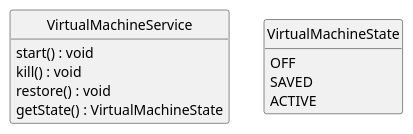
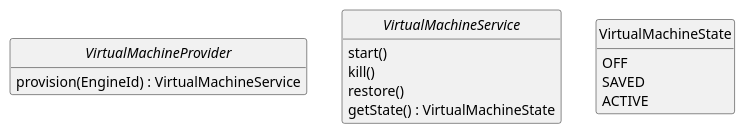
Before and after one commit to uniba-dsg/betsy: the diagram in doc/vm-service.puml, drawn with PlantUML. The commit also changed 3 other files, not shown here.

```diff
--- a/doc/vm-service.puml
+++ b/doc/vm-service.puml
@@ -1,23 +1,30 @@
 @startuml
 
-class VirtualMachineService {
-  start() : void
-  kill() : void
-  restore() : void
+interface VirtualMachineProvider {
+  provision(EngineId) : VirtualMachineService
+}
+
+interface VirtualMachineService {
+  start()
+  kill()
+  restore()
   getState() : VirtualMachineState
 }
 
-class VirtualMachineState {
+enum VirtualMachineState {
   OFF
   SAVED
   ACTIVE
 }
+
+VirtualMachineProvider -[hidden]right- VirtualMachineService
+VirtualMachineService -[hidden]right- VirtualMachineState
 
 hide empty members
 hide empty methods
 hide circle
 
 skinparam monochrome true
 skinparam shadowing false
 skinparam packageStyle rect
 @enduml
```
